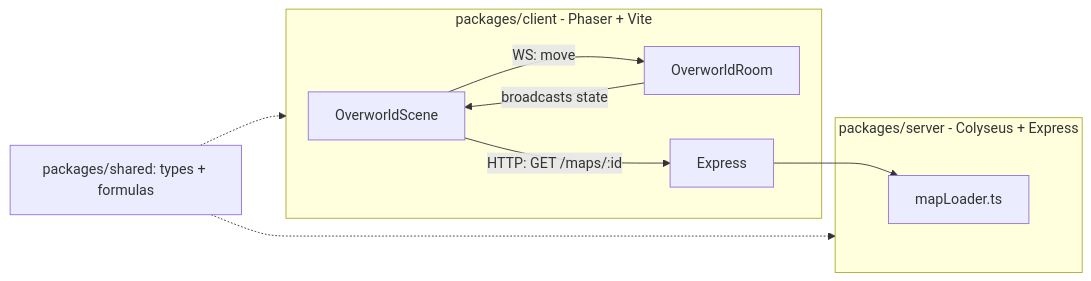
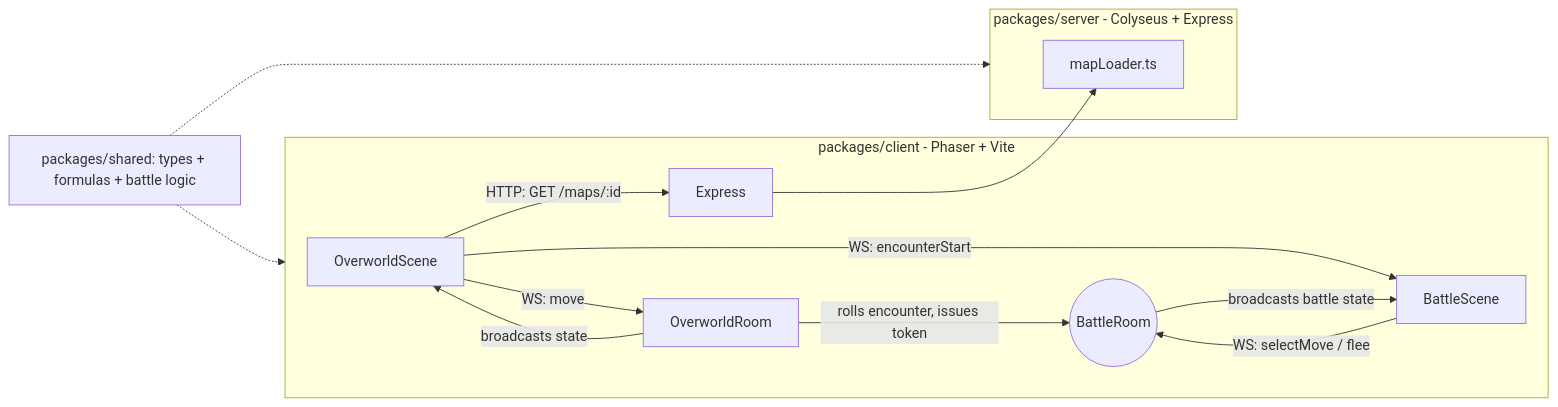
The diagram in README.md (sabersage85/kanto-mmo), drawn with Mermaid before and after one commit. The commit also changed other lines of this file and 24 other files, not shown here.

````diff
--- a/README.md
+++ b/README.md
@@ -81,13 +88,17 @@
 ```mermaid
 flowchart LR
   subgraph Client [packages/client - Phaser + Vite]
     A[OverworldScene] -- WS: move --> B((Colyseus Room))
+    A -- WS: encounterStart --> E[BattleScene]
+    E -- WS: selectMove / flee --> F((BattleRoom))
     A -- HTTP: GET /maps/:id --> C[Express]
   end
   subgraph Server [packages/server - Colyseus + Express]
     B[OverworldRoom] -- broadcasts state --> A
+    B -- rolls encounter, issues token --> F
+    F -- broadcasts battle state --> E
     C --> D[mapLoader.ts]
   end
-  Shared[packages/shared: types + formulas] -.-> Client
+  Shared[packages/shared: types + formulas + battle logic] -.-> Client
   Shared -.-> Server
 ```
````
